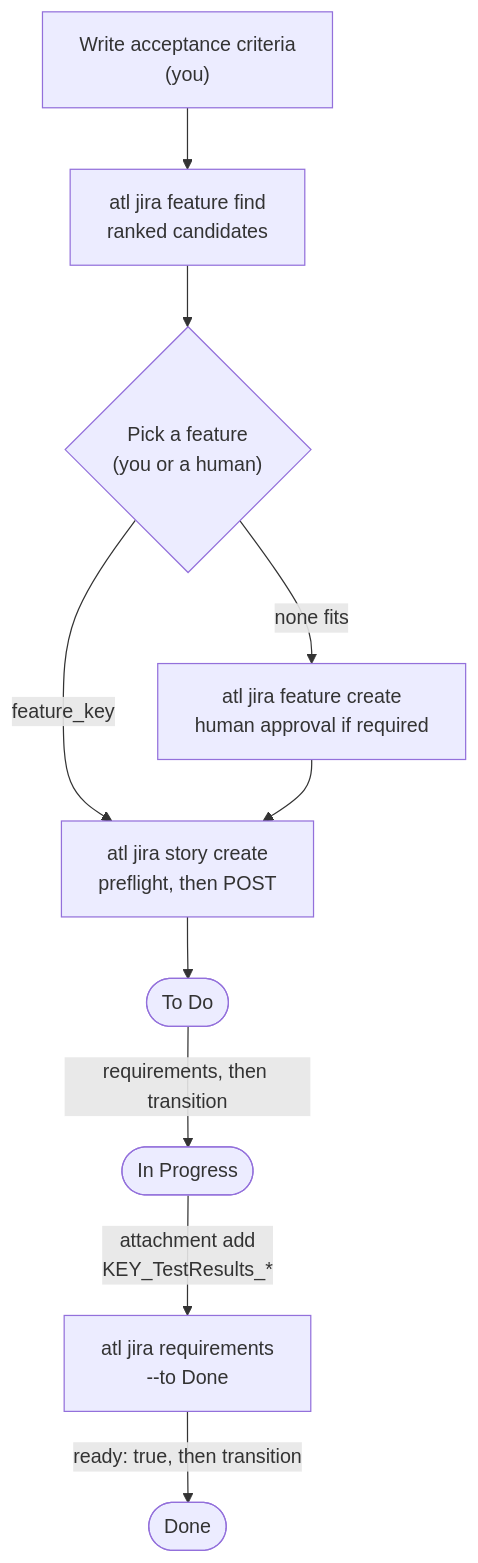
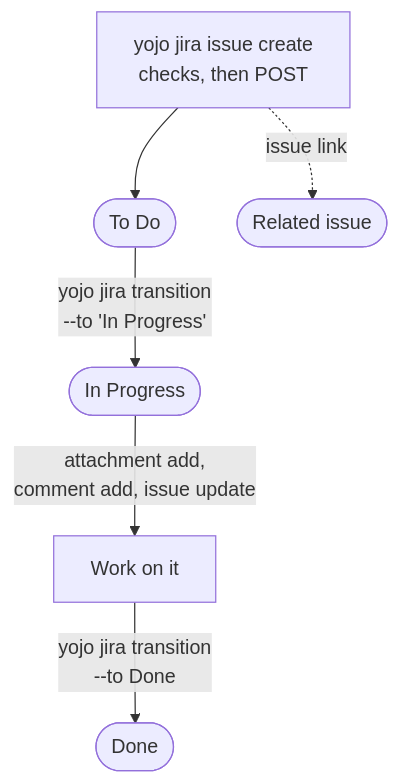
Before and after one commit to calvinware/atlass-cli: the first of 3 diagrams in docs/guides/jira-workflows.md, drawn with Mermaid. The commit also changed other lines of this file and 80 other files, not shown here.

First line of the commit message:
feat(cli): establish yojo 0.1.0 and generic Jira issue commands (#14)

````diff
--- a/docs/guides/jira-workflows.md
+++ b/docs/guides/jira-workflows.md
@@ -9,12 +13,8 @@
 ```mermaid
 flowchart TD
-    AC["Write acceptance criteria<br/>(you)"] --> Find["atl jira feature find<br/>ranked candidates"]
-    Find --> Pick{"Pick a feature<br/>(you or a human)"}
-    Pick -->|"none fits"| FCreate["atl jira feature create<br/>human approval if required"]
-    Pick -->|"feature_key"| SCreate["atl jira story create<br/>preflight, then POST"]
-    FCreate --> SCreate
-    SCreate --> ToDo(["To Do"])
-    ToDo -->|"requirements, then transition"| InProgress(["In Progress"])
-    InProgress -->|"attachment add<br/>KEY_TestResults_*"| Check["atl jira requirements<br/>--to Done"]
-    Check -->|"ready: true, then transition"| Done(["Done"])
+    Create["yojo jira issue create<br/>checks, then POST"] --> ToDo(["To Do"])
+    ToDo -->|"yojo jira transition<br/>--to 'In Progress'"| InProgress(["In Progress"])
+    InProgress -->|"attachment add,<br/>comment add, issue update"| Work["Work on it"]
+    Work -->|"yojo jira transition<br/>--to Done"| Done(["Done"])
+    Create -.->|"issue link"| Other(["Related issue"])
 ```
````
